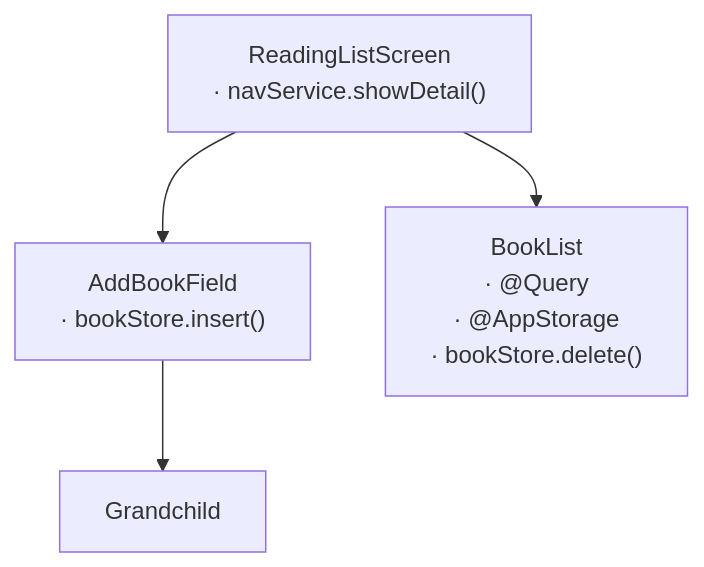
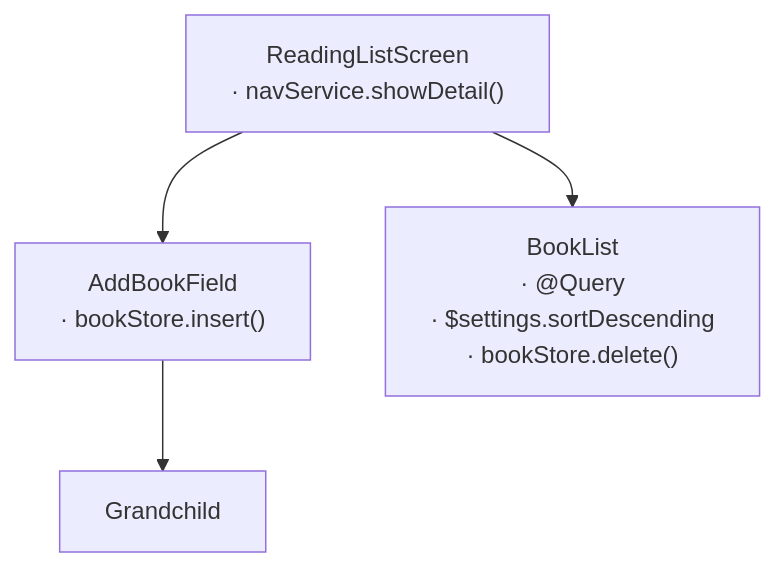
Before and after one commit to sisoje/hypermodular: the diagram in hypermodular/scripts/fixtures/broken/ReadingListScreen/MAP.md, drawn with Mermaid. The commit also changed 44 other files, not shown here.

````diff
--- a/hypermodular/scripts/fixtures/broken/ReadingListScreen/MAP.md
+++ b/hypermodular/scripts/fixtures/broken/ReadingListScreen/MAP.md
@@ -1,7 +1,7 @@
 ```mermaid
 %% Root: ReadingListScreen · Parent: App (../APP-MAP.md)
 flowchart TD
     ReadingListScreen["ReadingListScreen<br/>· navService.showDetail()"] --> AddBookField["AddBookField<br/>· bookStore.insert()"]
-    ReadingListScreen --> BookList["BookList<br/>· @Query<br/>· @AppStorage<br/>· bookStore.delete()"]
+    ReadingListScreen --> BookList["BookList<br/>· @Query<br/>· $settings.sortDescending<br/>· bookStore.delete()"]
     AddBookField --> Grandchild
 ```
````
